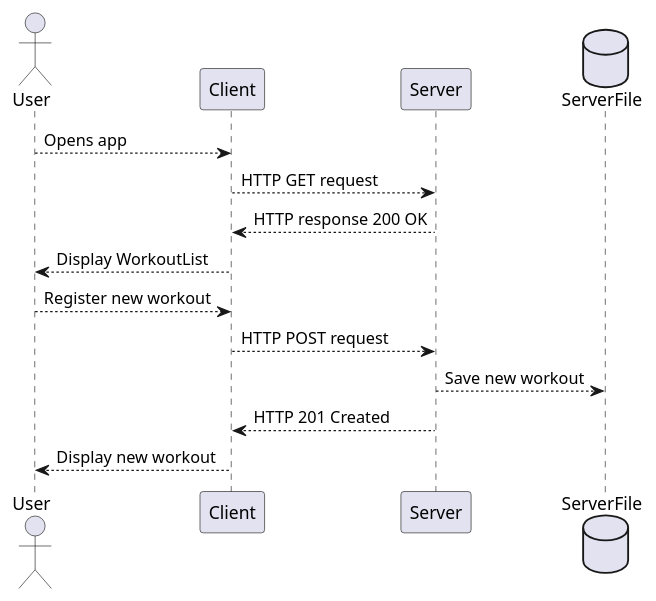
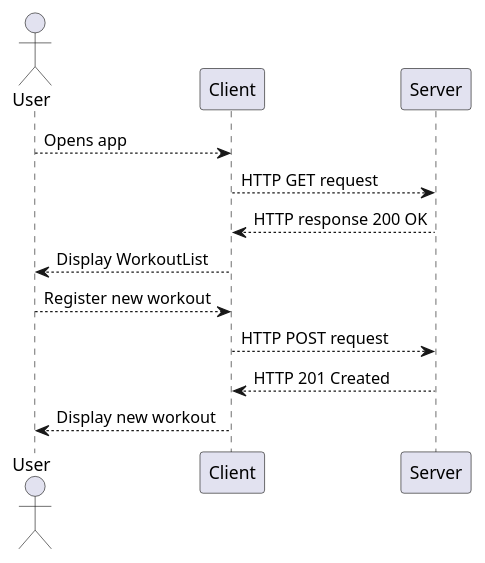
Before and after one commit to elinefon/WorkoutApp: the diagram in docs/release3/SequenceDiagram.puml, drawn with PlantUML. The commit also changed 2 other files, not shown here.

Commit message:
[docs] Made changes to diagrams (#74) Co-authored by Ingvil Sandven ingviksa@stud.ntnu.no

```diff
--- a/docs/release3/SequenceDiagram.puml
+++ b/docs/release3/SequenceDiagram.puml
@@ -1,17 +1,15 @@
 @startuml
 actor User
 participant Client
 participant Server
-database ServerFile
 
 User --> Client: Opens app
 Client --> Server: HTTP GET request
 Server --> Client: HTTP response 200 OK
 Client --> User: Display WorkoutList
 
 User --> Client: Register new workout
 Client --> Server: HTTP POST request
-Server --> ServerFile: Save new workout
 Server --> Client: HTTP 201 Created
 Client --> User: Display new workout
 @enduml
```
